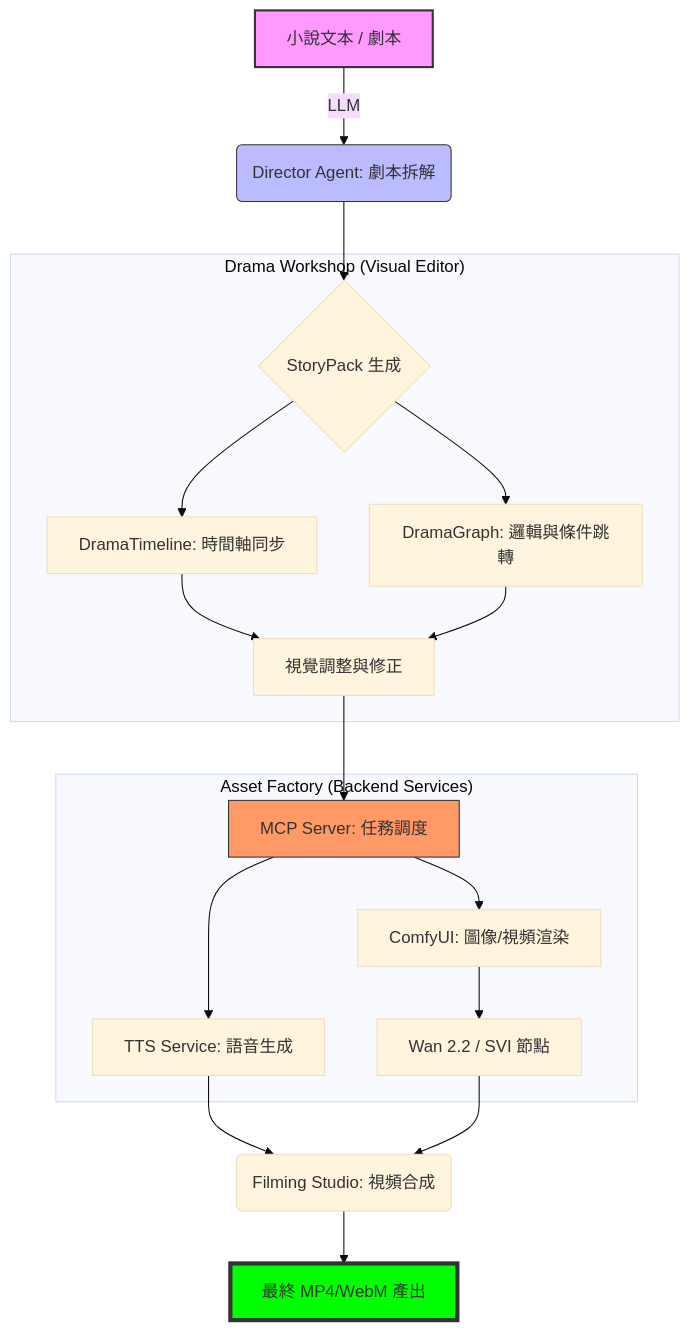
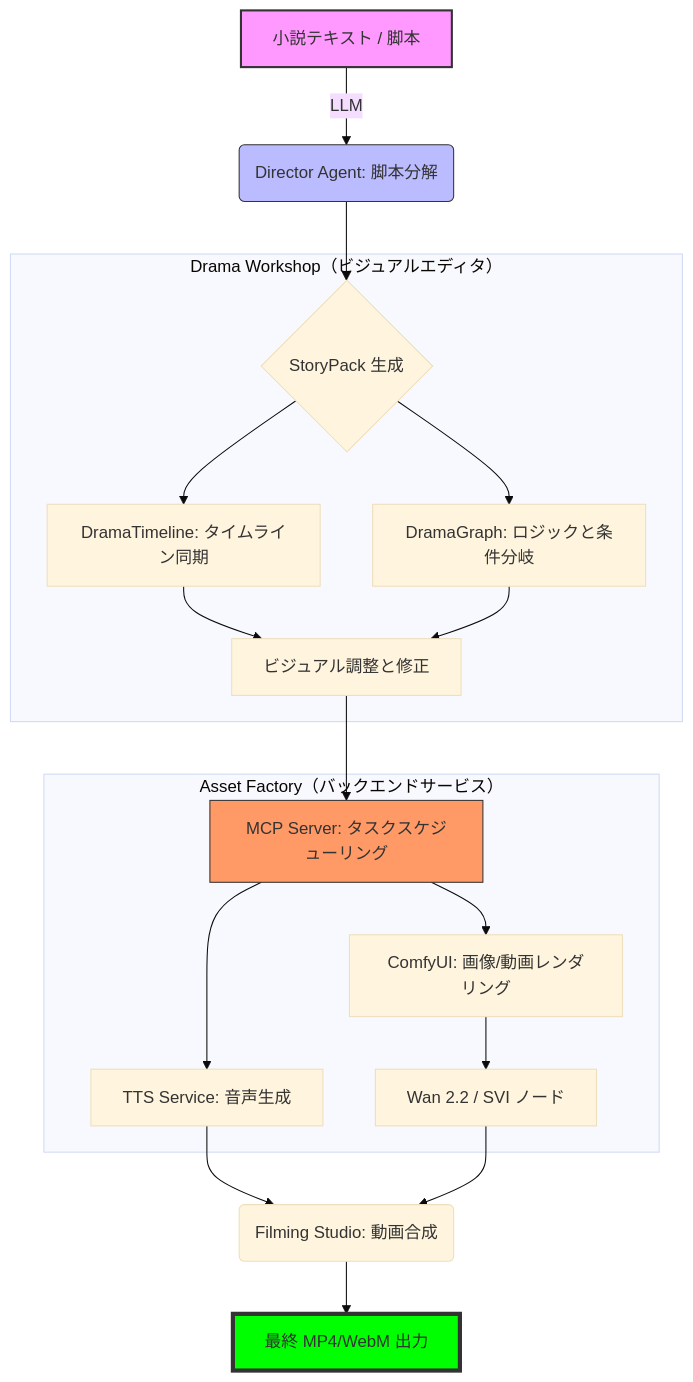
The diagram in public/knowledge/ja/12_diagrams/07.Drama_Production_Workflow.md (AtsushiHarimoto/portfolio), drawn with Mermaid (base theme) before and after one commit. The commit also changed other lines of this file and 51 other files, not shown here.

First line of the commit message:
feat: remove YouTube hover animation, strip article numbering, translate 11_claude_code + 12_diagrams (EN/JA)

````diff
--- a/public/knowledge/ja/12_diagrams/07.Drama_Production_Workflow.md
+++ b/public/knowledge/ja/12_diagrams/07.Drama_Production_Workflow.md
@@ -7,27 +7,27 @@
 ```mermaid
 graph TD
-    A[小說文本 / 劇本] -->|LLM| B(Director Agent: 劇本拆解)
+    A[小説テキスト / 脚本] -->|LLM| B(Director Agent: 脚本分解)
     B --> C{StoryPack 生成}
 
-    subgraph "Drama Workshop (Visual Editor)"
-        C --> D[DramaTimeline: 時間軸同步]
-        C --> E[DramaGraph: 邏輯與條件跳轉]
-        D & E --> F[視覺調整與修正]
+    subgraph "Drama Workshop（ビジュアルエディタ）"
+        C --> D[DramaTimeline: タイムライン同期]
+        C --> E[DramaGraph: ロジックと条件分岐]
+        D & E --> F[ビジュアル調整と修正]
     end
 
-    F --> G[MCP Server: 任務調度]
+    F --> G[MCP Server: タスクスケジューリング]
 
-    subgraph "Asset Factory (Backend Services)"
-        G --> H[TTS Service: 語音生成]
-        G --> I[ComfyUI: 圖像/視頻渲染]
-        I --> J[Wan 2.2 / SVI 節點]
+    subgraph "Asset Factory（バックエンドサービス）"
+        G --> H[TTS Service: 音声生成]
+        G --> I[ComfyUI: 画像/動画レンダリング]
+        I --> J[Wan 2.2 / SVI ノード]
     end
 
-    H & J --> K(Filming Studio: 視頻合成)
-    K --> L[最終 MP4/WebM 產出]
+    H & J --> K(Filming Studio: 動画合成)
+    K --> L[最終 MP4/WebM 出力]
 
     style A fill:#f9f,stroke:#333,stroke-width:2px
     style L fill:#00ff00,stroke:#333,stroke-width:4px
     style B fill:#bbf,stroke:#333
     style G fill:#f96,stroke:#333
 ```
````
